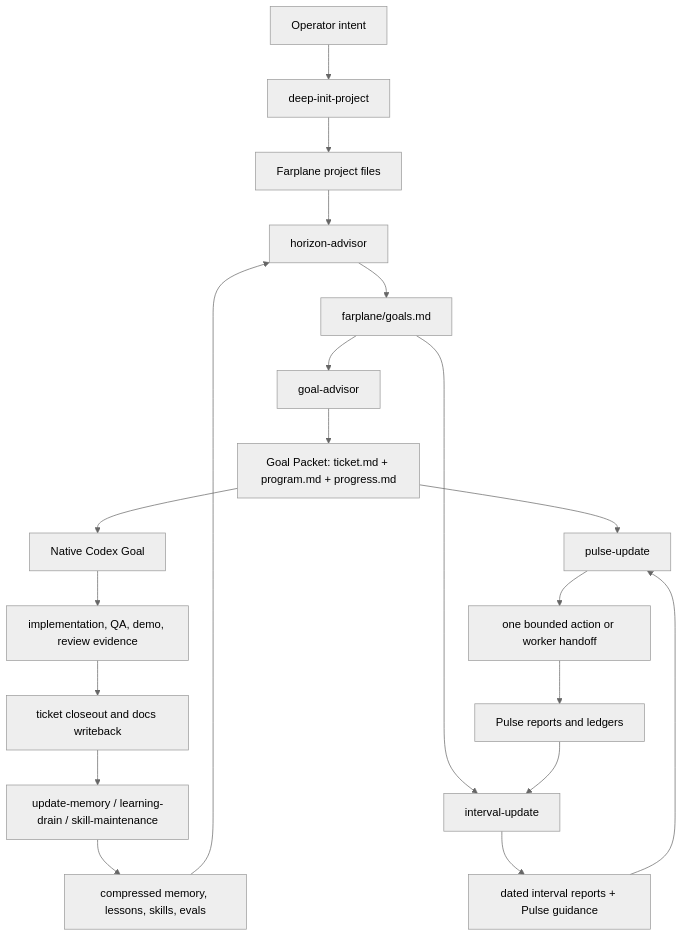
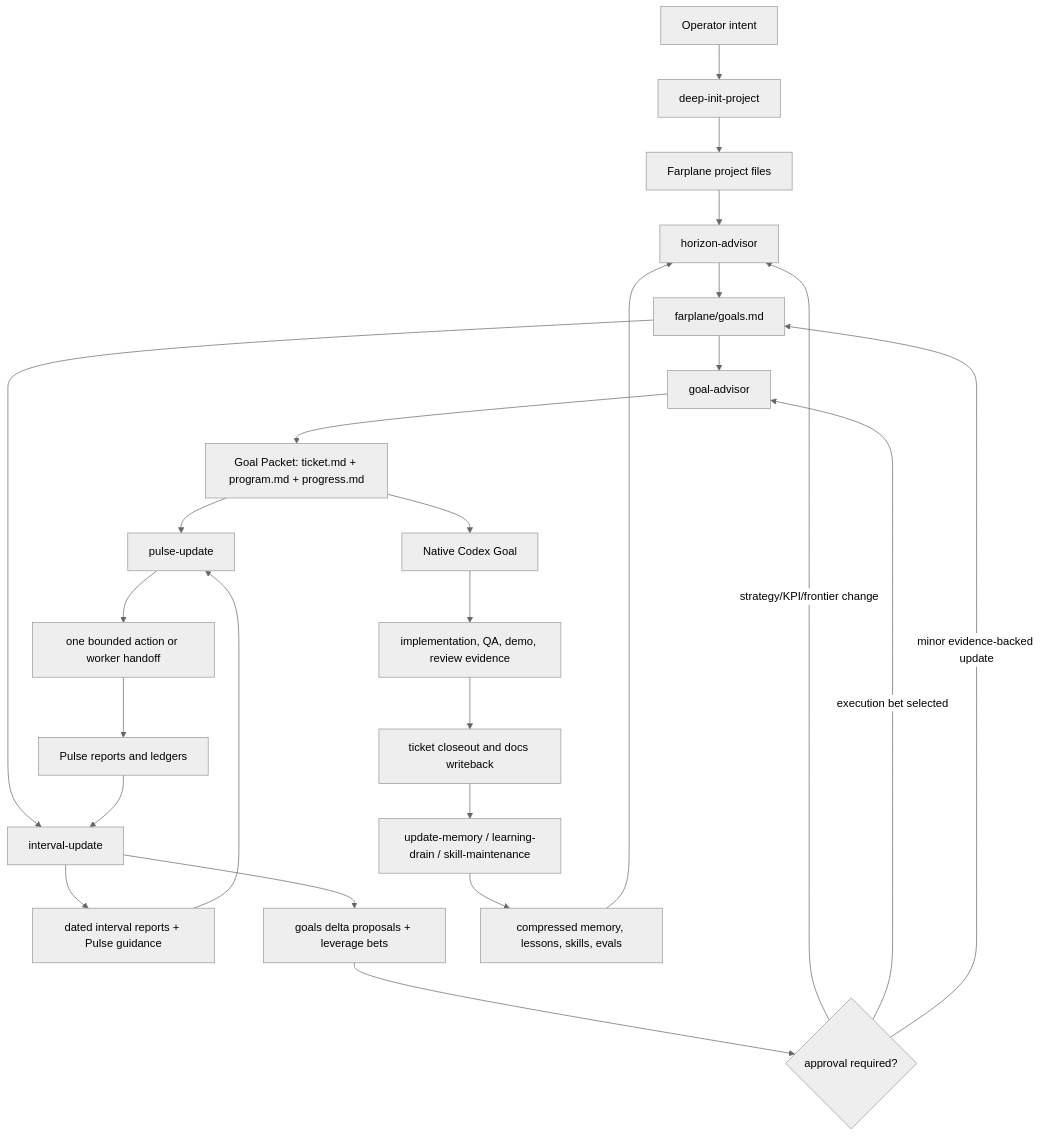
One commit to ZanarkandTechnologies/Farplane changed the diagram in docs/farplane-framework/lifecycle.md. Above: the diagram before and after it, drawn with Mermaid (neutral theme). The commit also changed other lines of this file and 69 other files, not shown here.

````diff
--- a/docs/farplane-framework/lifecycle.md
+++ b/docs/farplane-framework/lifecycle.md
@@ -86,22 +87,27 @@
 ```mermaid
 flowchart TD
   A["Operator intent"] --> B["deep-init-project"]
   B --> C["Farplane project files"]
   C --> D["horizon-advisor"]
   D --> E["farplane/goals.md"]
   E --> F["goal-advisor"]
   F --> G["Goal Packet: ticket.md + program.md + progress.md"]
   G --> H["Native Codex Goal"]
   H --> I["implementation, QA, demo, review evidence"]
   I --> J["ticket closeout and docs writeback"]
   E --> K["interval-update"]
   K --> L["dated interval reports + Pulse guidance"]
+  K --> R["goals delta proposals + leverage bets"]
+  R --> S{"approval required?"}
+  S -->|strategy/KPI/frontier change| D
+  S -->|execution bet selected| F
+  S -->|minor evidence-backed update| E
   G --> M["pulse-update"]
   L --> M
   M --> N["one bounded action or worker handoff"]
   N --> O["Pulse reports and ledgers"]
   O --> K
   J --> P["update-memory / learning-drain / skill-maintenance"]
   P --> Q["compressed memory, lessons, skills, evals"]
   Q --> D
 ```
````
